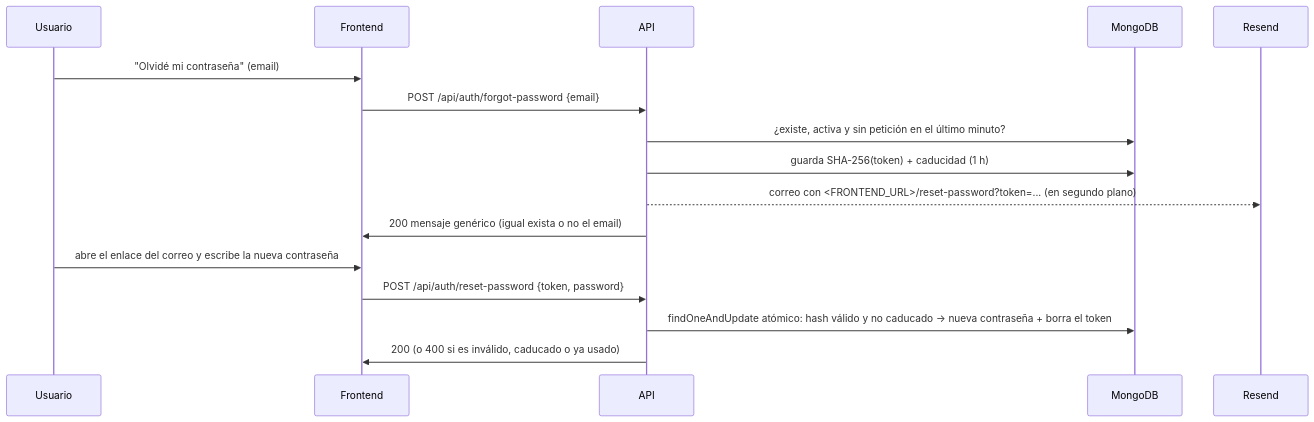
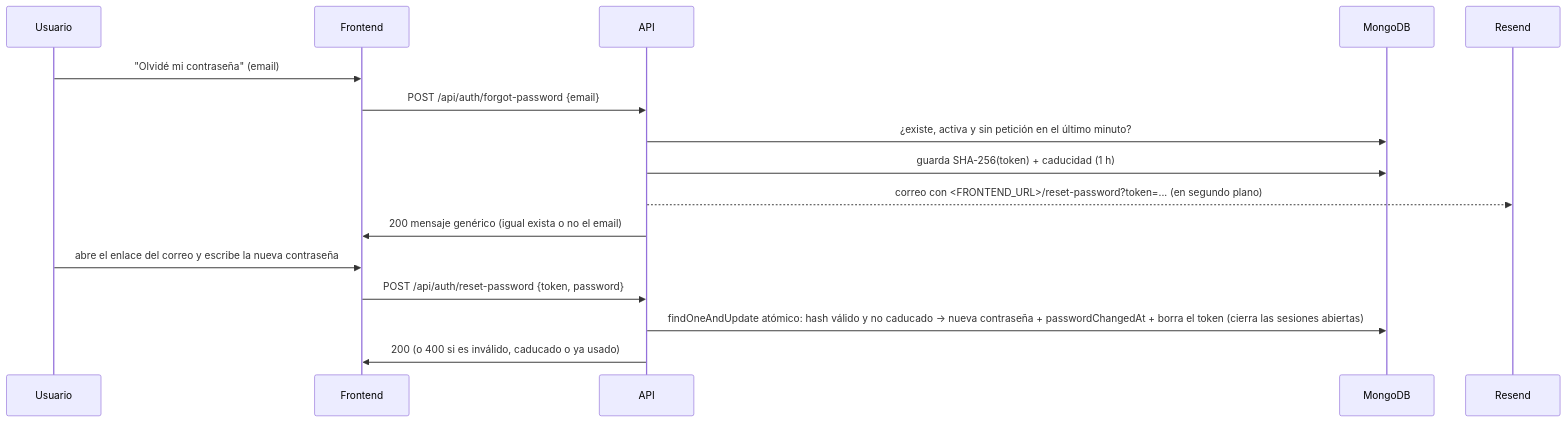
The second of 4 diagrams in docs/04-flujos.md (raug09/Magicamente), drawn with Mermaid before and after one commit. The commit also changed other lines of this file and 22 other files, not shown here.

````diff
--- a/docs/04-flujos.md
+++ b/docs/04-flujos.md
@@ -26,18 +26,18 @@
 ```mermaid
 sequenceDiagram
   participant U as Usuario
   participant F as Frontend
   participant API
   participant DB as MongoDB
   participant R as Resend
   U->>F: "Olvidé mi contraseña" (email)
   F->>API: POST /api/auth/forgot-password {email}
   API->>DB: ¿existe, activa y sin petición en el último minuto?
   API->>DB: guarda SHA-256(token) + caducidad (1 h)
   API-->>R: correo con <FRONTEND_URL>/reset-password?token=...  (en segundo plano)
   API->>F: 200 mensaje genérico (igual exista o no el email)
   U->>F: abre el enlace del correo y escribe la nueva contraseña
   F->>API: POST /api/auth/reset-password {token, password}
-  API->>DB: findOneAndUpdate atómico: hash válido y no caducado → nueva contraseña + borra el token
+  API->>DB: findOneAndUpdate atómico: hash válido y no caducado → nueva contraseña + passwordChangedAt + borra el token (cierra las sesiones abiertas)
   API->>F: 200 (o 400 si es inválido, caducado o ya usado)
 ```
````
